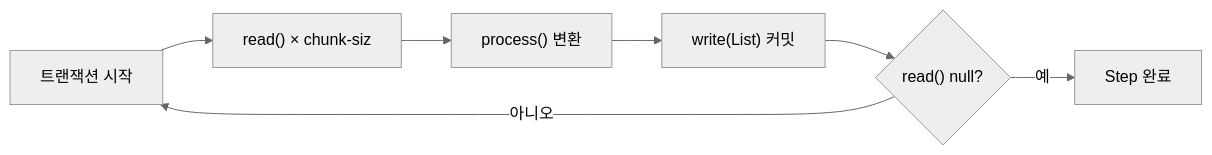
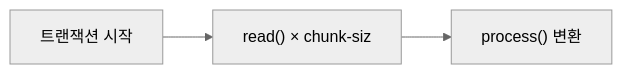
Before and after one commit to yjkim2015/yjkim2015.github.io: the first of 5 diagrams in _posts/batch/2026-05-03-spring-batch-chunk-processing.md, drawn with Mermaid (neutral theme). The commit also changed other lines of this file and 132 other files, not shown here.

First line of the commit message:
Mermaid 다이어그램 가독성 정리: 단순 제거, 노드 축소, TD→LR 변환

````diff
--- a/_posts/batch/2026-05-03-spring-batch-chunk-processing.md
+++ b/_posts/batch/2026-05-03-spring-batch-chunk-processing.md
@@ -32,9 +32,5 @@
 ```mermaid
 flowchart LR
     B["트랜잭션 시작"] --> C["read() × chunk-siz"]
     C --> E["process() 변환"]
-    E --> F["write(List) 커밋"]
-    F --> H{"read() null?"}
-    H -->|"아니오"| B
-    H -->|"예"| I["Step 완료"]
 ```
````
